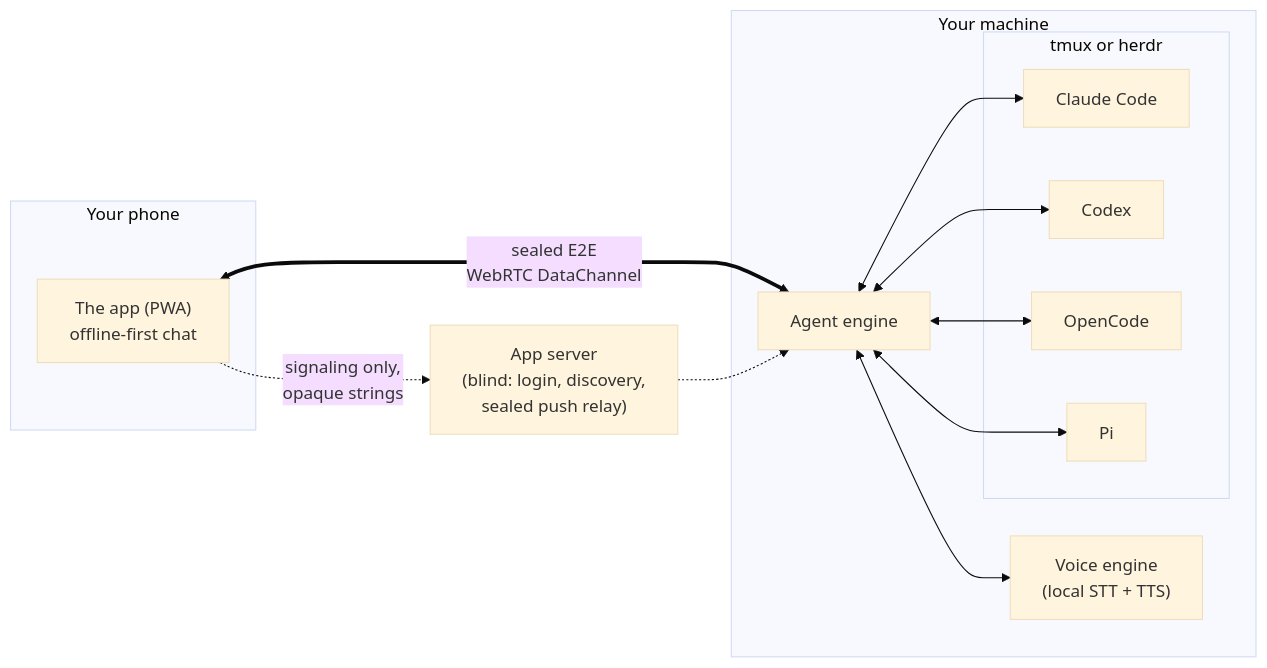
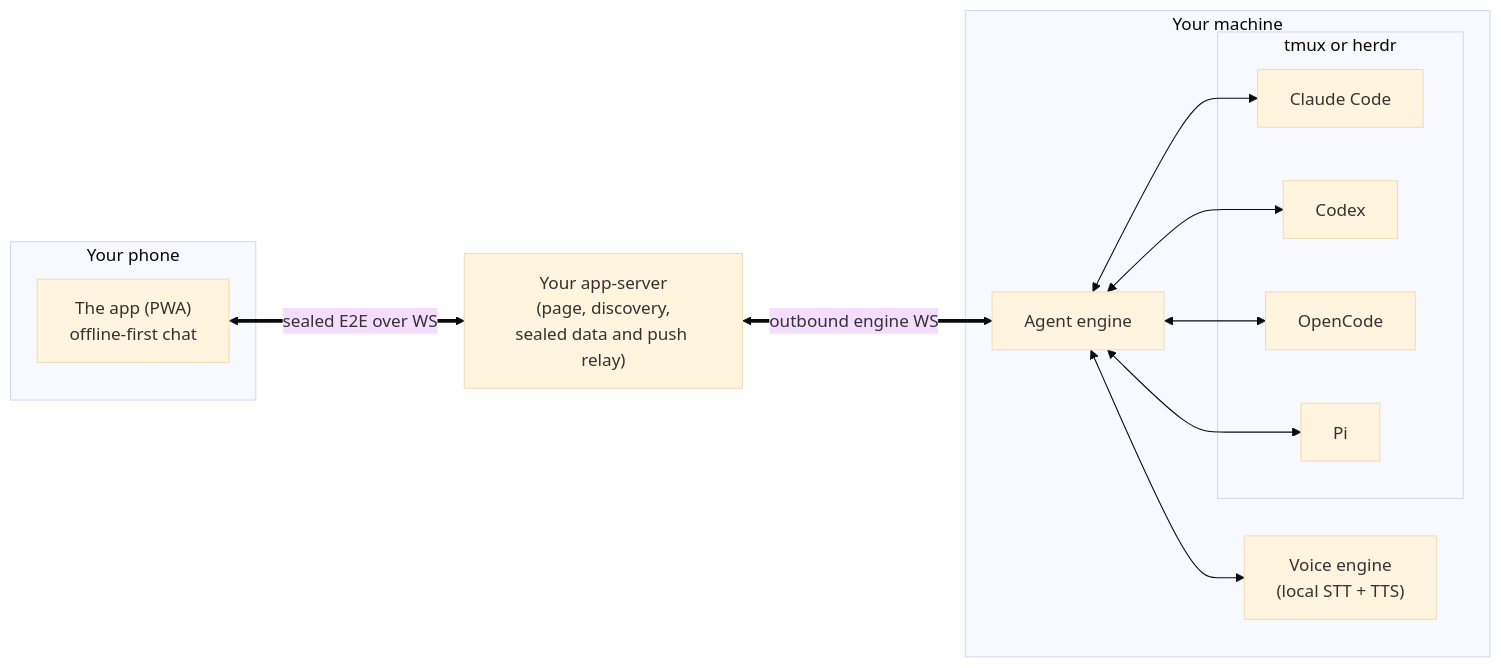
The diagram in README.md (CallYourCode/CallYourCode), drawn with Mermaid (base theme) before and after one commit. The commit also changed other lines of this file and 32 other files, not shown here.

````diff
--- a/README.md
+++ b/README.md
@@ -50,22 +50,21 @@
 ```mermaid
 flowchart LR
   subgraph phone [Your phone]
     APP["The app (PWA)<br/>offline-first chat"]
   end
   subgraph machine [Your machine]
     ENG[Agent engine]
     VOICE["Voice engine<br/>(local STT + TTS)"]
     subgraph mux [tmux or herdr]
       C[Claude Code]
       X[Codex]
       O[OpenCode]
       P[Pi]
     end
   end
-  SRV["App server<br/>(blind: login, discovery,<br/>sealed push relay)"]
-  APP <==>|"sealed E2E<br/>WebRTC DataChannel"| ENG
+  SRV["Your app-server<br/>(page, discovery,<br/>sealed data and push relay)"]
+  APP <==>|"sealed E2E over WS"| SRV
+  SRV <==>|"outbound engine WS"| ENG
   ENG <--> VOICE
   ENG <--> C & X & O & P
-  APP -.->|"signaling only,<br/>opaque strings"| SRV
-  SRV -.-> ENG
 ```
````
